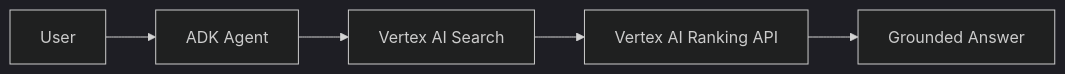
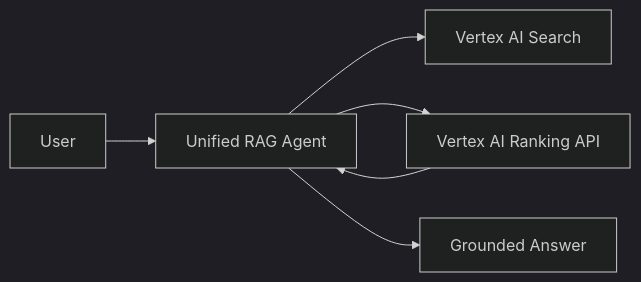
The first of 2 diagrams in README.md (rezkabiri/jit-two-stage-retrieval), drawn with Mermaid (dark theme) before and after one commit. The commit also changed other lines of this file and 5 other files, not shown here.

First line of the commit message:
feat: implement RBAC security gate and update system diagrams

````diff
--- a/README.md
+++ b/README.md
@@ -7,7 +7,8 @@
 ```mermaid
 graph LR
-    User --> Agent[ADK Agent]
-    Agent --> Stage1[Vertex AI Search]
-    Stage1 --> Stage2[Vertex AI Ranking API]
-    Stage2 --> Response[Grounded Answer]
+    User --> Agent[Unified RAG Agent]
+    Agent --> Search[Vertex AI Search]
+    Agent --> Rank[Vertex AI Ranking API]
+    Rank --> Agent
+    Agent --> Response[Grounded Answer]
 ```
````
